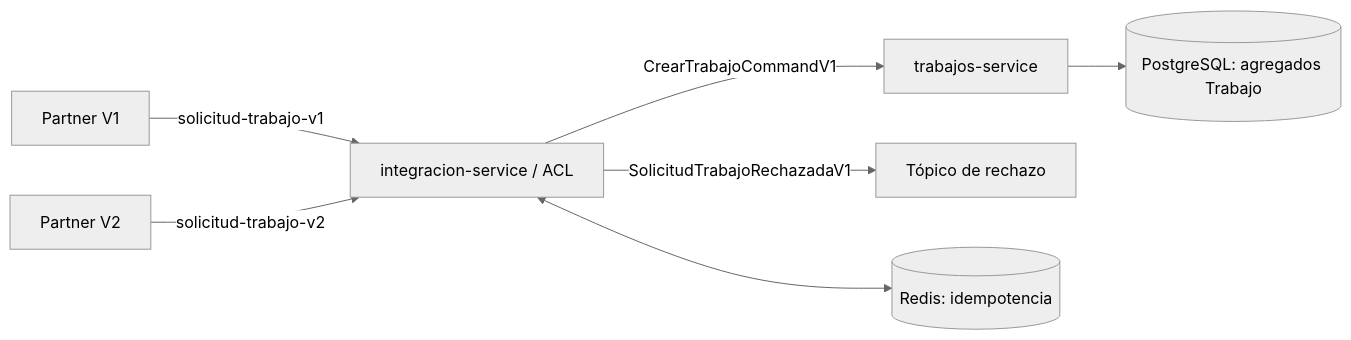
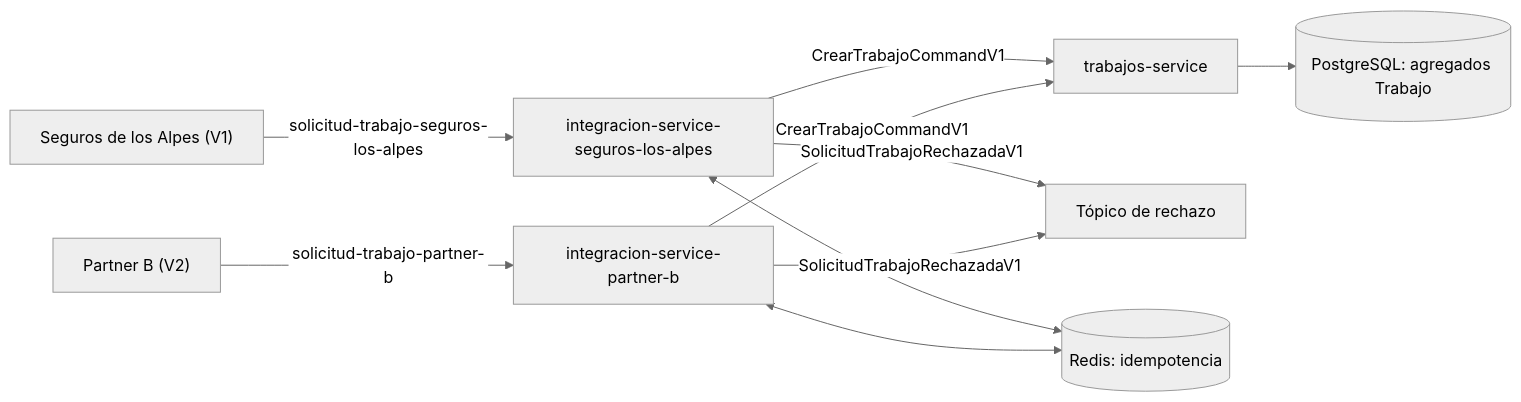
The diagram in docs/experiments/escenario-interoperabilidad-java.md (opomare-uniandes/hogar-de-los-alpes), drawn with Mermaid (neutral theme) before and after one commit. The commit also changed other lines of this file and 47 other files, not shown here.

````diff
--- a/docs/experiments/escenario-interoperabilidad-java.md
+++ b/docs/experiments/escenario-interoperabilidad-java.md
@@ -20,9 +21,12 @@
 ```mermaid
 flowchart LR
-    P1["Partner V1"] -->|"solicitud-trabajo-v1"| ACL["integracion-service / ACL"]
-    P2["Partner V2"] -->|"solicitud-trabajo-v2"| ACL
-    ACL -->|"CrearTrabajoCommandV1"| T["trabajos-service"]
-    ACL -->|"SolicitudTrabajoRechazadaV1"| R["Tópico de rechazo"]
-    ACL <--> D[(Redis: idempotencia)]
+    P1["Seguros de los Alpes (V1)"] -->|"solicitud-trabajo-seguros-los-alpes"| ACL1["integracion-service-seguros-los-alpes"]
+    P2["Partner B (V2)"] -->|"solicitud-trabajo-partner-b"| ACL2["integracion-service-partner-b"]
+    ACL1 -->|"CrearTrabajoCommandV1"| T["trabajos-service"]
+    ACL2 -->|"CrearTrabajoCommandV1"| T
+    ACL1 -->|"SolicitudTrabajoRechazadaV1"| R["Tópico de rechazo"]
+    ACL2 -->|"SolicitudTrabajoRechazadaV1"| R
+    ACL1 <--> D[(Redis: idempotencia)]
+    ACL2 <--> D
     T --> DB[(PostgreSQL: agregados Trabajo)]
 ```
````
